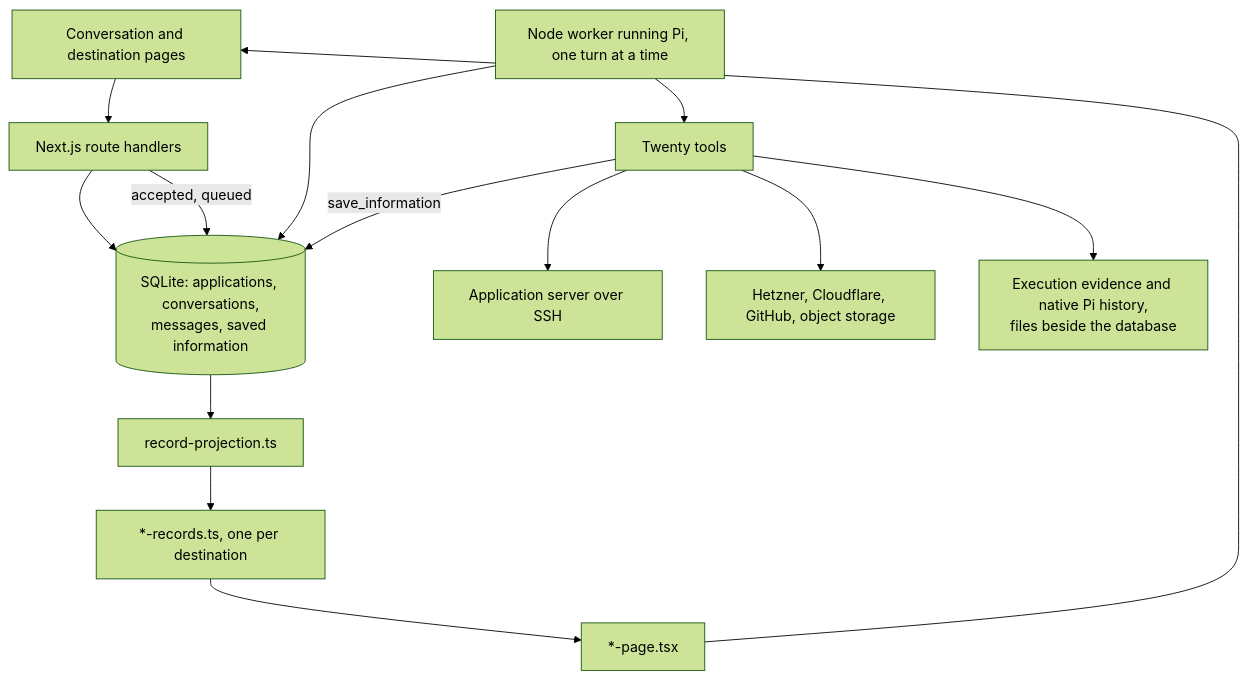
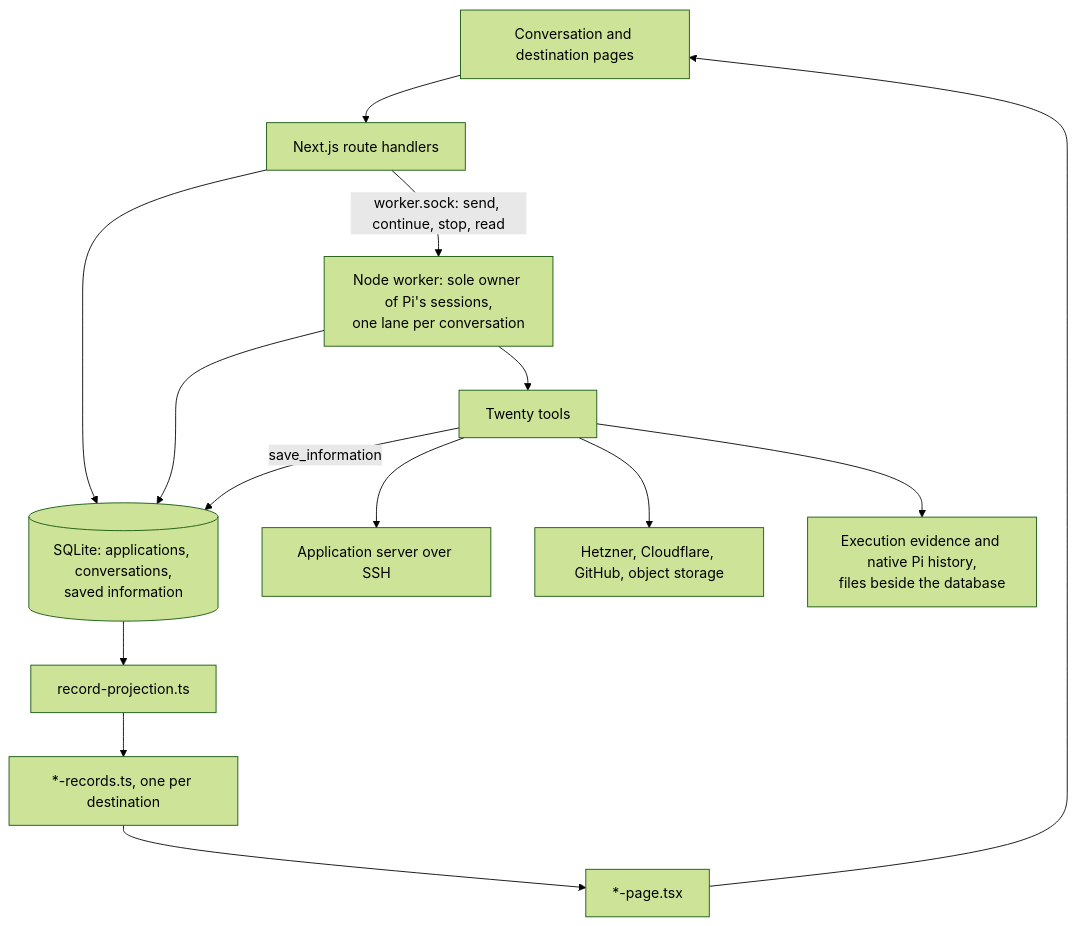
The first of 3 diagrams in docs/architecture.md (lustoykov/hallvi), drawn with Mermaid (forest theme) before and after one commit. The commit also changed other lines of this file and 71 other files, not shown here.

````diff
--- a/docs/architecture.md
+++ b/docs/architecture.md
@@ -22,16 +23,16 @@
 ```mermaid
 flowchart TD
     UI[Conversation and destination pages] --> API[Next.js route handlers]
-    API --> DB[(SQLite: applications, conversations,<br/>messages, saved information)]
-    API -->|accepted, queued| DB
-    Worker[Node worker running Pi, one turn at a time] --> DB
+    API --> DB[(SQLite: applications, conversations,<br/>saved information)]
+    API -->|worker.sock: send, continue, stop, read| Worker
+    Worker[Node worker: sole owner of Pi's sessions,<br/>one lane per conversation] --> DB
     Worker --> Tools[Twenty tools]
     Tools --> Host[Application server over SSH]
     Tools --> Providers[Hetzner, Cloudflare, GitHub, object storage]
     Tools -->|save_information| DB
     Tools --> Files[Execution evidence and native Pi history,<br/>files beside the database]
     DB --> Projection[record-projection.ts]
     Projection --> Records[*-records.ts, one per destination]
     Records --> Pages[*-page.tsx]
     Pages --> UI
 ```
````
